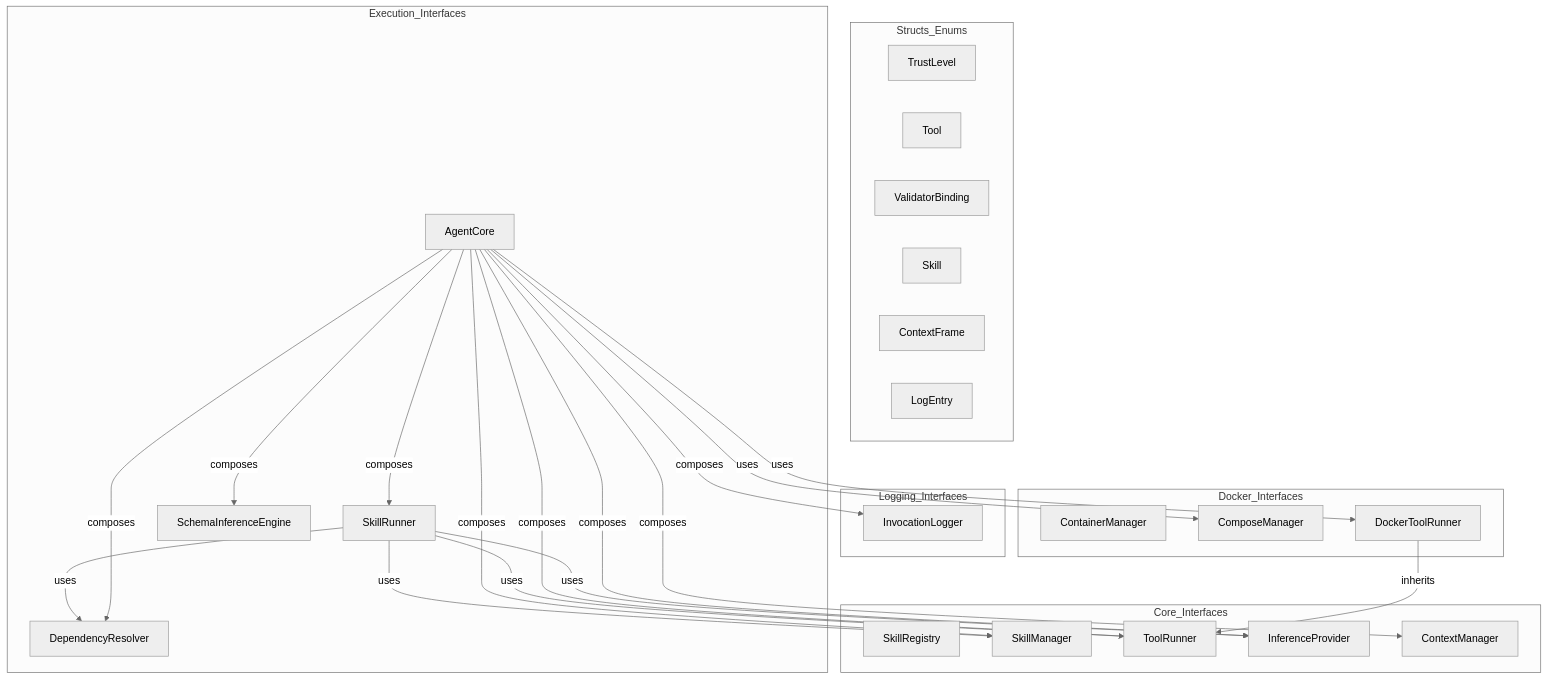
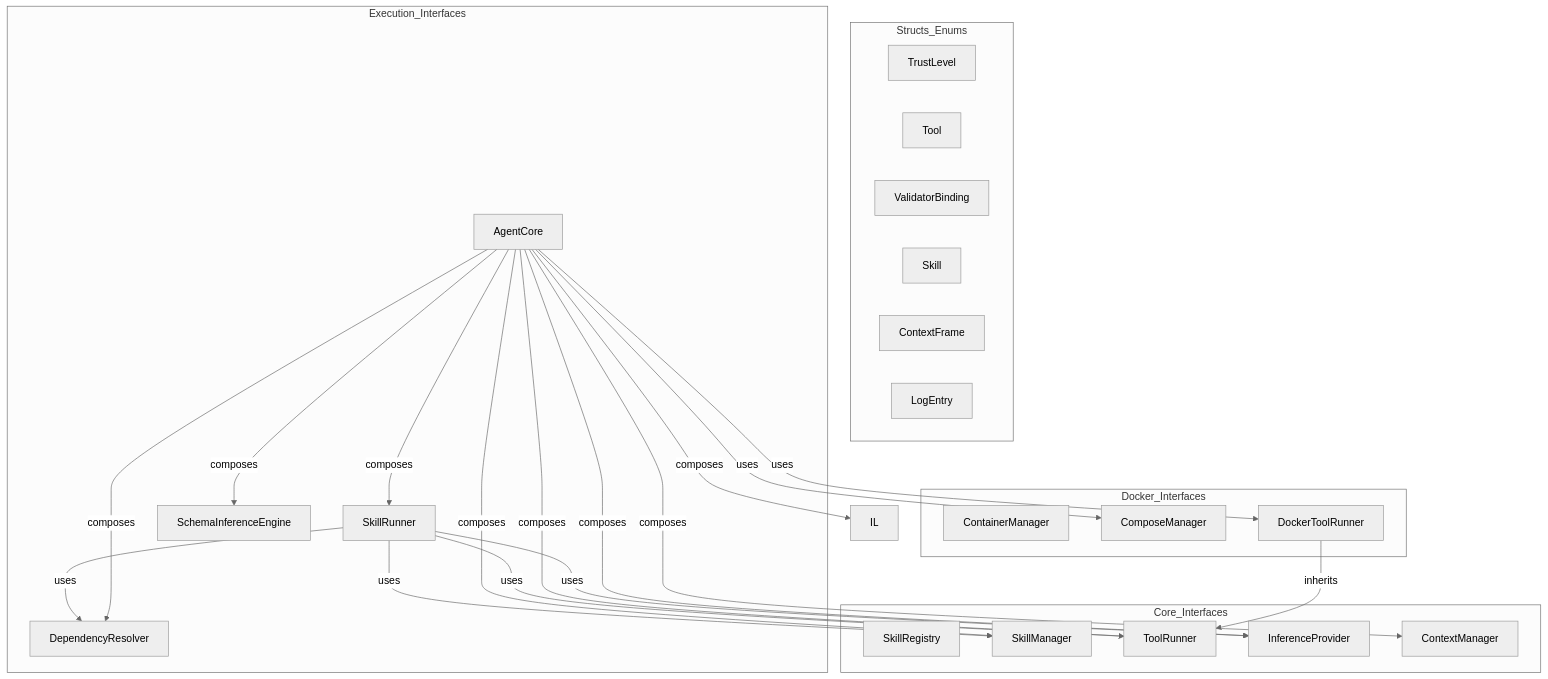
Before and after one commit to opensassi/a0: the first of 2 diagrams in src/agent_interfaces.spec.md, drawn with Mermaid (neutral theme). The commit also changed other lines of this file and 28 other files, not shown here.

````diff
--- a/src/agent_interfaces.spec.md
+++ b/src/agent_interfaces.spec.md
@@ -329,52 +347,48 @@
 ```mermaid
 graph TB
     subgraph Structs_Enums
         TL[TrustLevel]
         T[Tool]
         VB[ValidatorBinding]
         S[Skill]
         CF[ContextFrame]
         LE[LogEntry]
     end
 
     subgraph Core_Interfaces
         SKR[SkillRegistry]
         SM[SkillManager]
         TR[ToolRunner]
         IP[InferenceProvider]
         CM[ContextManager]
     end
 
     subgraph Execution_Interfaces
         SR[SkillRunner]
         DR[DependencyResolver]
         SIE[SchemaInferenceEngine]
         AC[AgentCore]
     end
 
-    subgraph Logging_Interfaces
-        IL[InvocationLogger]
-    end
-
     subgraph Docker_Interfaces
         CtrM[ContainerManager]
         CoM[ComposeManager]
         DTR[DockerToolRunner]
     end
 
     DTR -->|inherits| TR
     SR -->|uses| TR
     SR -->|uses| IP
     SR -->|uses| DR
     SR -->|uses| SM
     AC -->|composes| SR
     AC -->|composes| SM
     AC -->|composes| TR
     AC -->|composes| IP
     AC -->|composes| CM
     AC -->|composes| IL
     AC -->|composes| DR
     AC -->|composes| SIE
     AC -->|uses| DTR
     AC -->|uses| CoM
 ```
````
